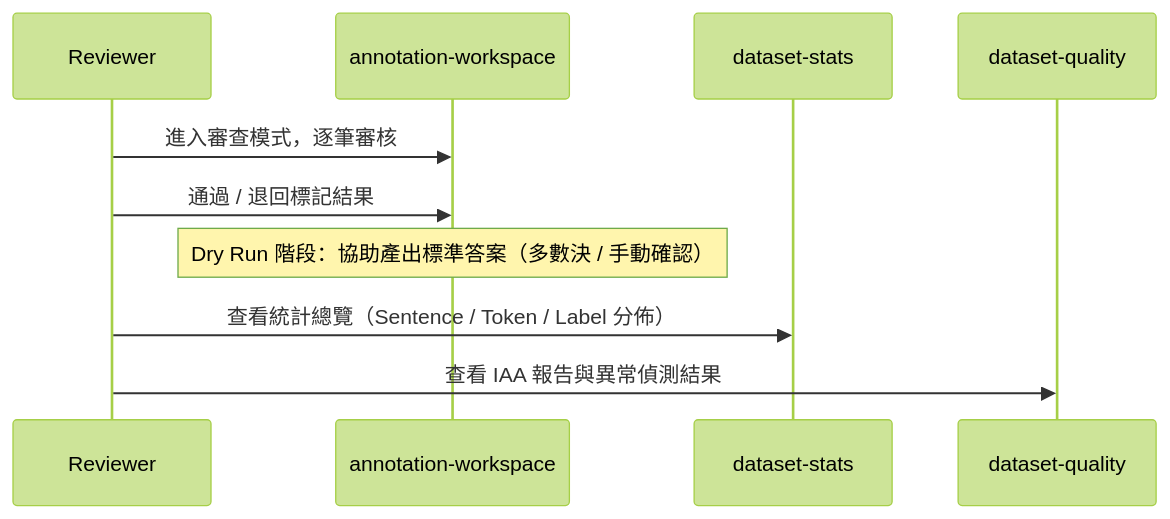
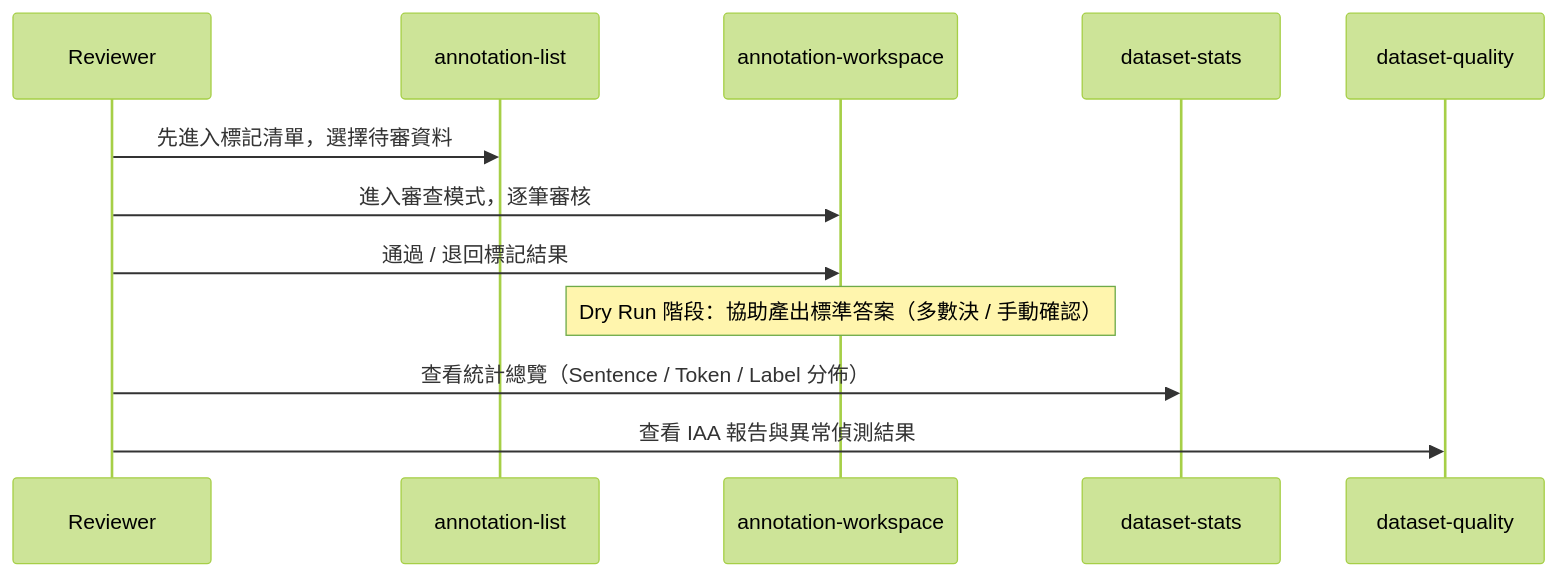
Before and after one commit to singyichen/label-suite: the fourth of 5 diagrams in docs/product/ia/information-architecture.md, drawn with Mermaid (forest theme). The commit also changed other lines of this file and 7 other files, not shown here.

Commit message:
feat(annotation): add annotation-list flow and row navigation

````diff
--- a/docs/product/ia/information-architecture.md
+++ b/docs/product/ia/information-architecture.md
@@ -497,13 +516,15 @@
 ```mermaid
 sequenceDiagram
   participant R as Reviewer
+  participant AL as annotation-list
   participant AW as annotation-workspace
   participant DS as dataset-stats
   participant DQ as dataset-quality
 
+  R->>AL: 先進入標記清單，選擇待審資料
   R->>AW: 進入審查模式，逐筆審核
   R->>AW: 通過 / 退回標記結果
   Note over AW: Dry Run 階段：協助產出標準答案（多數決 / 手動確認）
   R->>DS: 查看統計總覽（Sentence / Token / Label 分佈）
   R->>DQ: 查看 IAA 報告與異常偵測結果
 ```
````
